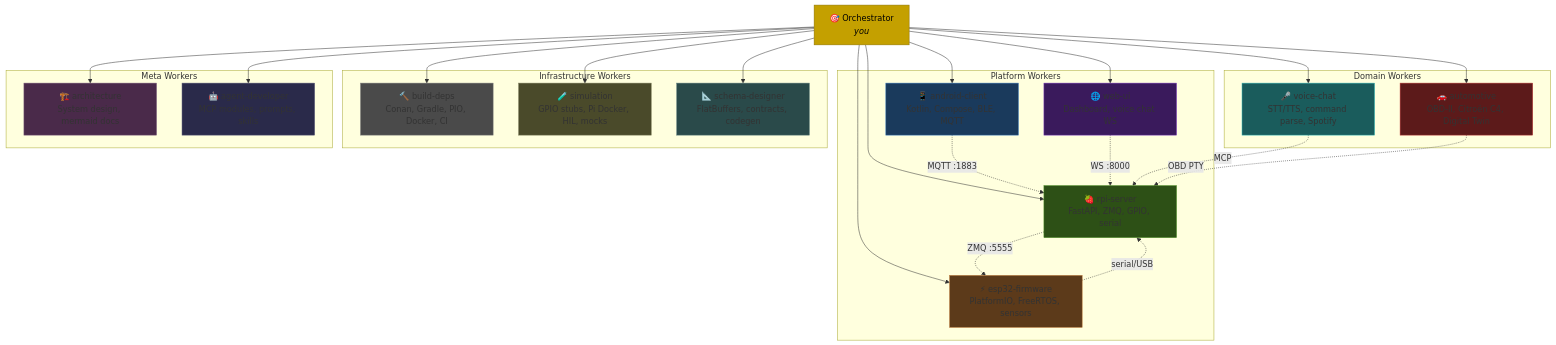
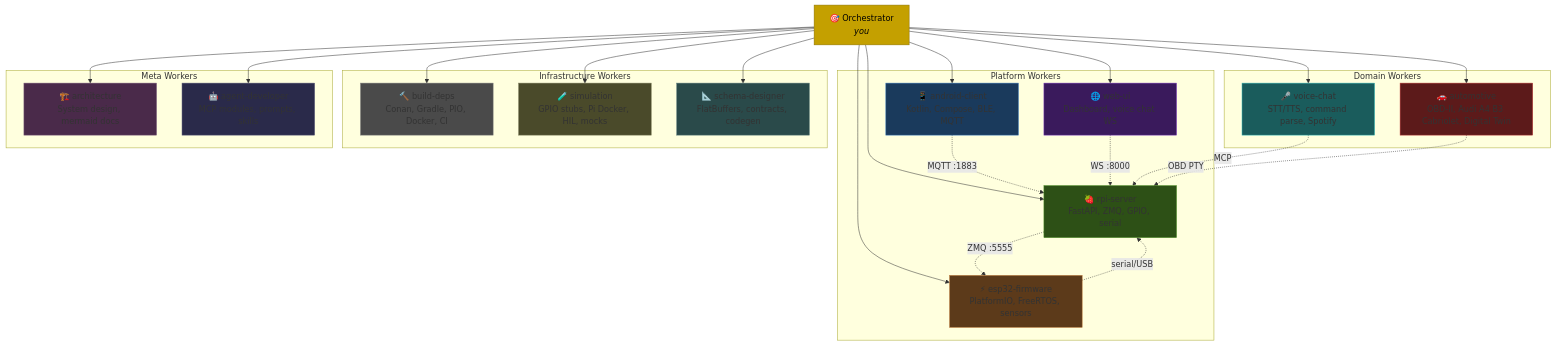
Before and after one commit to sparesparrow/mia: the first of 2 diagrams in .github/prompts/mia-orchestrator.prompt.md, drawn with Mermaid. The commit also changed 12 other files, not shown here.

First line of the commit message:
docs: rewrite automotive examples for Audi A4 B3 Cabriolet 2004 prototype

````diff
--- a/.github/prompts/mia-orchestrator.prompt.md
+++ b/.github/prompts/mia-orchestrator.prompt.md
@@ -12,52 +12,52 @@
 ```mermaid
 graph TB
     ORCH["🎯 Orchestrator<br/><i>you</i>"]
 
     subgraph Platform["Platform Workers"]
         RPI["🍓 rpi-server<br/>FastAPI, ZMQ, GPIO, serial"]
         AND["📱 android-client<br/>Kotlin, Compose, BLE, MQTT"]
         WEB["🌐 web-ui<br/>Dashboard, voice chat WS"]
         ESP["⚡ esp32-firmware<br/>PlatformIO, FreeRTOS, sensors"]
     end
 
     subgraph Domain["Domain Workers"]
         VOX["🎤 voice-chat<br/>STT/TTS, command parse, Spotify"]
-        CAR["🚗 automotive<br/>OBD-II, Citroën C4, Digital Twin"]
+        CAR["🚗 automotive<br/>OBD-II, Audi A4 B3 Cabriolet, Digital Twin"]
     end
 
     subgraph Infra["Infrastructure Workers"]
         BLD["🔨 build-deps<br/>Conan, Gradle, PIO, Docker, CI"]
         SIM["🧪 simulation<br/>GPIO stubs, Pi Docker, HIL, mocks"]
         SCH["📐 schema-designer<br/>FlatBuffers, contracts, codegen"]
     end
 
     subgraph Meta["Meta Workers"]
         ARC["🏗️ architecture<br/>System design, mermaid docs"]
         AGT["🤖 agent-developer<br/>MCP modules, prompts, skills"]
     end
 
     ORCH --> RPI & AND & WEB & ESP
     ORCH --> VOX & CAR
     ORCH --> BLD & SIM & SCH
     ORCH --> ARC & AGT
 
     RPI -.->|ZMQ :5555| ESP
     AND -.->|MQTT :1883| RPI
     WEB -.->|WS :8000| RPI
     ESP -.->|serial/USB| RPI
     VOX -.->|MCP| RPI
     CAR -.->|OBD PTY| RPI
 
     style ORCH fill:#c4a000,stroke:#8a7000,color:#000
     style RPI fill:#2d5016,stroke:#4a8c23
     style AND fill:#1a3a5c,stroke:#3a7abd
     style WEB fill:#3a1a5c,stroke:#7a3abd
     style ESP fill:#5c3a1a,stroke:#bd7a3a
     style VOX fill:#1a5c5c,stroke:#3abdbd
     style CAR fill:#5c1a1a,stroke:#bd3a3a
     style BLD fill:#4a4a4a,stroke:#7a7a7a
     style SIM fill:#4a4a2a,stroke:#7a7a5a
     style SCH fill:#2a4a4a,stroke:#5a7a7a
     style ARC fill:#4a2a4a,stroke:#7a5a7a
     style AGT fill:#2a2a4a,stroke:#5a5a7a
 ```
````
